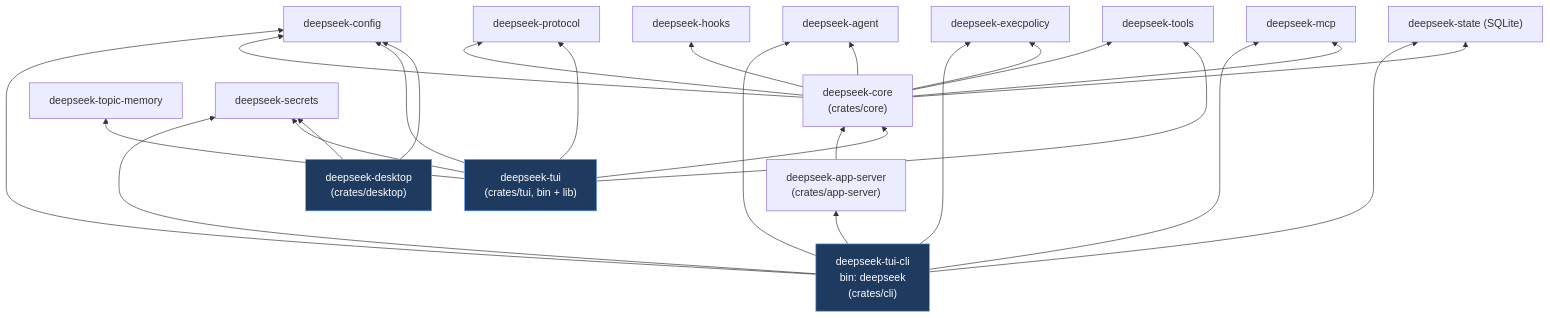
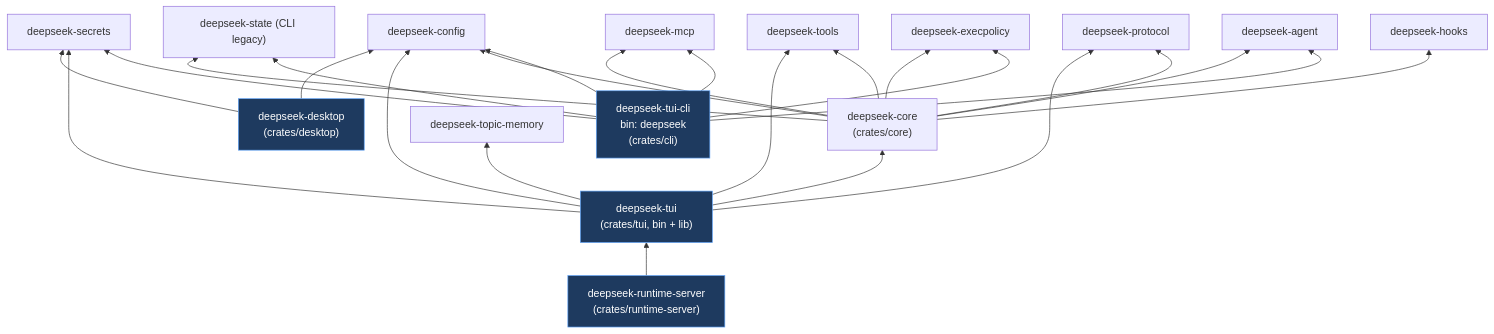
The third of 5 diagrams in docs/tech/RUNTIME_ARCHITECTURE.md (didclawapp-ai/zagens), drawn with Mermaid before and after one commit. The commit also changed other lines of this file and 11 other files, not shown here.

First line of the commit message:
test(runtime-server): D6 Phase A+ binary sidecar contract and doc sync.

````diff
--- a/docs/tech/RUNTIME_ARCHITECTURE.md
+++ b/docs/tech/RUNTIME_ARCHITECTURE.md
@@ -212,50 +223,48 @@
 ```mermaid
 flowchart BT
     DESK["deepseek-desktop<br/>(crates/desktop)"]
+    RT_SRV["deepseek-runtime-server<br/>(crates/runtime-server)"]
     TUI["deepseek-tui<br/>(crates/tui, bin + lib)"]
     CLI["deepseek-tui-cli<br/>bin: deepseek<br/>(crates/cli)"]
-    ASRV["deepseek-app-server<br/>(crates/app-server)"]
     CORE["deepseek-core<br/>(crates/core)"]
     TM["deepseek-topic-memory"]
     PROTO["deepseek-protocol"]
     CFG["deepseek-config"]
     SEC["deepseek-secrets"]
     TOOLS["deepseek-tools"]
     AGENT["deepseek-agent"]
     EXEC["deepseek-execpolicy"]
     HOOKS["deepseek-hooks"]
     MCP["deepseek-mcp"]
-    STATE["deepseek-state (SQLite)"]
+    STATE["deepseek-state (CLI legacy)"]
 
     DESK --> CFG
     DESK --> SEC
 
+    RT_SRV --> TUI
     TUI --> CORE
     TUI --> CFG
     TUI --> SEC
     TUI --> PROTO
     TUI --> TOOLS
     TUI --> TM
 
     CORE --> AGENT
     CORE --> CFG
     CORE --> EXEC
     CORE --> HOOKS
     CORE --> MCP
     CORE --> PROTO
     CORE --> STATE
     CORE --> TOOLS
 
     CLI --> AGENT
-    CLI --> ASRV
     CLI --> CFG
     CLI --> EXEC
     CLI --> MCP
     CLI --> SEC
     CLI --> STATE
 
-    ASRV --> CORE
-
     classDef product fill:#1e3a5f,stroke:#60a5fa,color:#fff
-    class DESK,TUI,CLI product
+    class DESK,RT_SRV,TUI,CLI product
 ```
````
